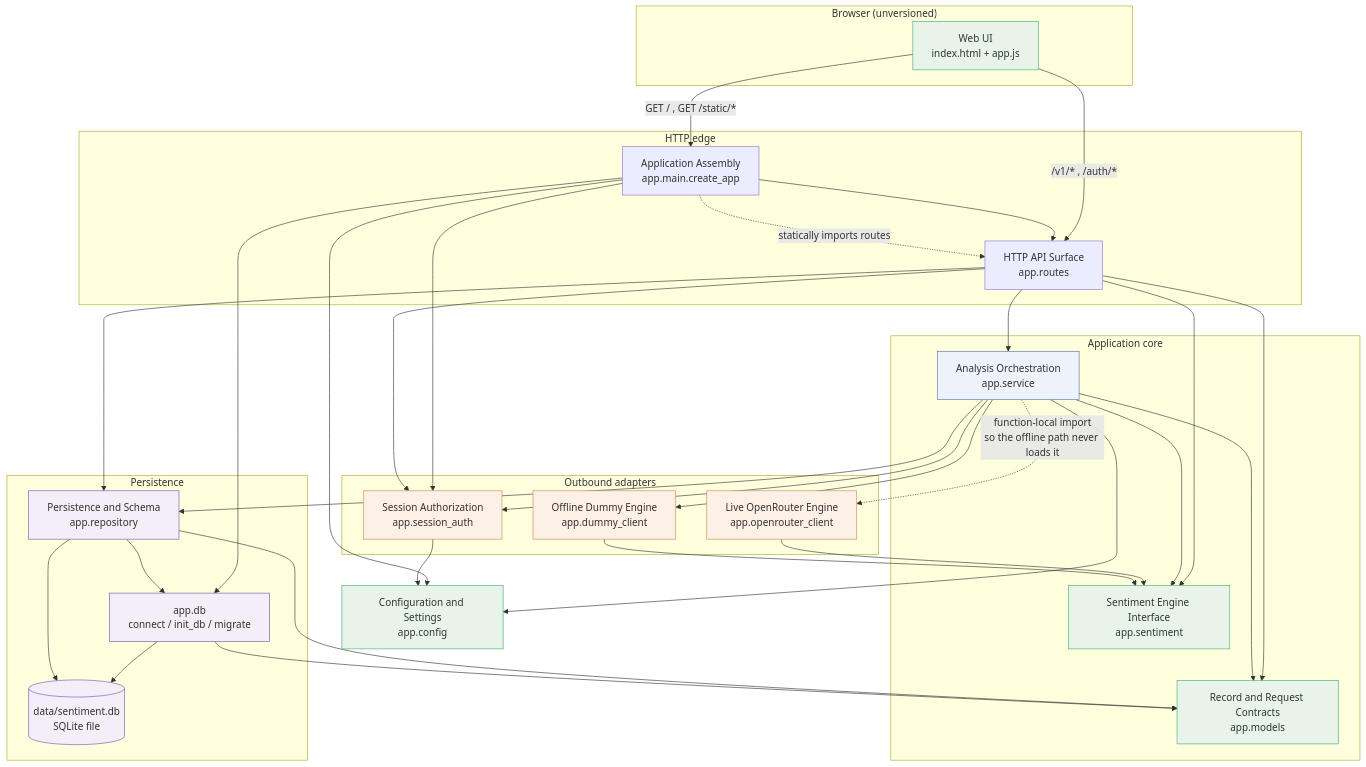
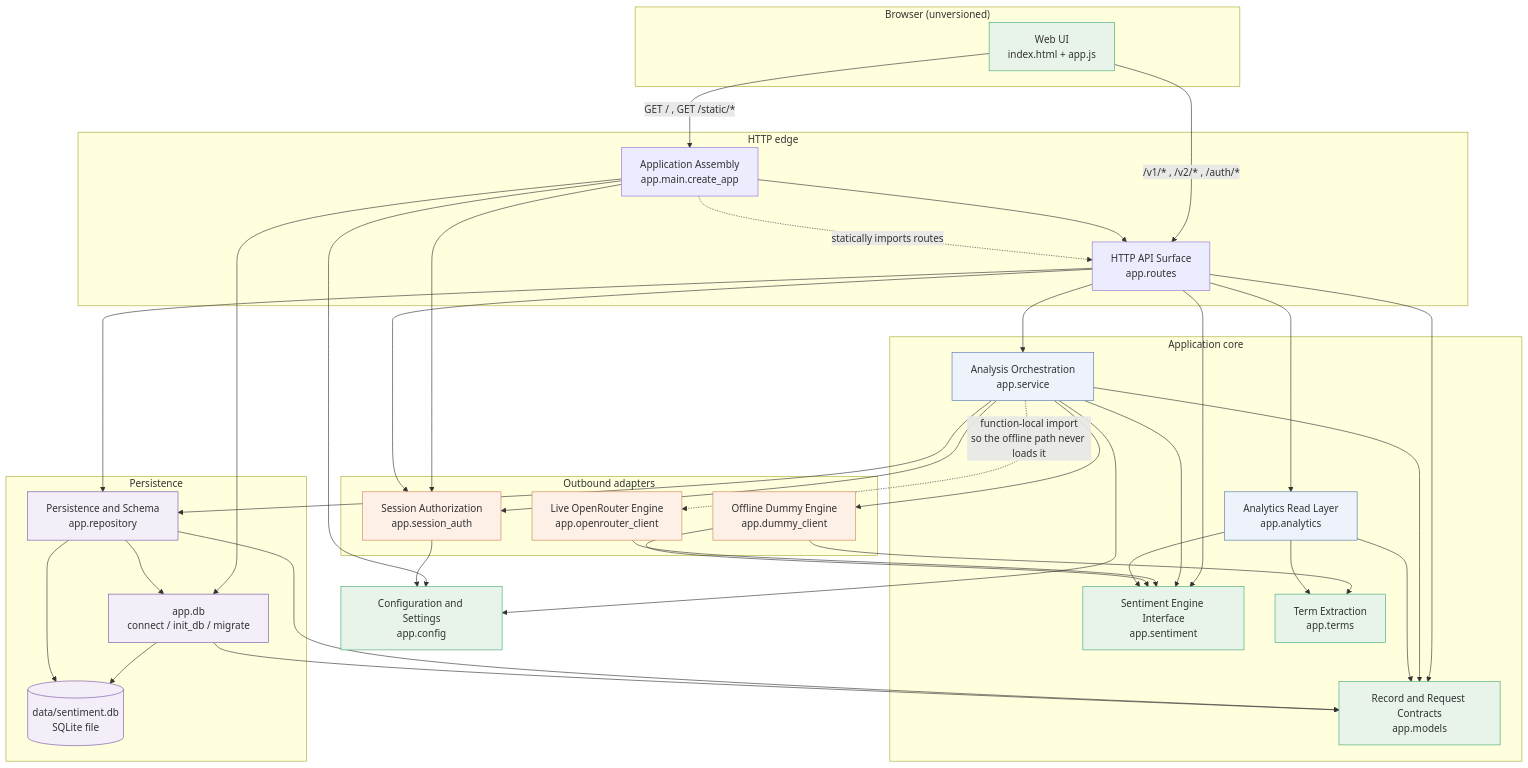
The first of 7 diagrams in aidlc/spaces/default/codekb/sentiment-opencode/architecture.md (farazmazhar/aidlc-demo-sentiment-analyser), drawn with Mermaid before and after one commit. The commit also changed other lines of this file and 52 other files, not shown here.

````diff
--- a/aidlc/spaces/default/codekb/sentiment-opencode/architecture.md
+++ b/aidlc/spaces/default/codekb/sentiment-opencode/architecture.md
@@ -42,73 +45,81 @@
 ```mermaid
 graph TD
     subgraph browser["Browser (unversioned)"]
         UI["Web UI<br/>index.html + app.js"]
     end
 
     subgraph http["HTTP edge"]
         ASGI["Application Assembly<br/>app.main.create_app"]
         RT["HTTP API Surface<br/>app.routes"]
     end
 
     subgraph core["Application core"]
         SVC["Analysis Orchestration<br/>app.service"]
         SENT["Sentiment Engine Interface<br/>app.sentiment"]
         MOD["Record and Request Contracts<br/>app.models"]
+        ANL["Analytics Read Layer<br/>app.analytics"]
+        TRM["Term Extraction<br/>app.terms"]
     end
 
     subgraph adapters["Outbound adapters"]
         DUMMY["Offline Dummy Engine<br/>app.dummy_client"]
         LIVE["Live OpenRouter Engine<br/>app.openrouter_client"]
         AUTH["Session Authorization<br/>app.session_auth"]
     end
 
     subgraph persist["Persistence"]
         REPO["Persistence and Schema<br/>app.repository"]
         DB["app.db<br/>connect / init_db / migrate"]
         SQLITE[("data/sentiment.db<br/>SQLite file")]
     end
 
     CFG["Configuration and Settings<br/>app.config"]
 
     UI -->|"GET / , GET /static/*"| ASGI
-    UI -->|"/v1/* , /auth/*"| RT
+    UI -->|"/v1/* , /v2/* , /auth/*"| RT
     ASGI --> RT
     ASGI --> CFG
     ASGI --> DB
     ASGI --> AUTH
 
     RT --> SVC
     RT --> REPO
+    RT --> ANL
     RT --> MOD
     RT --> AUTH
     RT --> SENT
 
     SVC --> SENT
     SVC --> REPO
     SVC --> MOD
     SVC --> DUMMY
     SVC -.->|"function-local import<br/>so the offline path never loads it"| LIVE
     SVC --> AUTH
     SVC --> CFG
 
     LIVE --> SENT
     DUMMY --> SENT
+    DUMMY --> TRM
     AUTH --> CFG
+
+    ANL --> MOD
+    ANL --> SENT
+    ANL --> TRM
 
     REPO --> MOD
     REPO --> DB
     DB --> MOD
     DB --> SQLITE
     REPO --> SQLITE
 
     ASGI -.->|"statically imports routes"| RT
 
     classDef leaf fill:#e8f4ea,stroke:#4a7
     classDef core fill:#eef2fb,stroke:#57a
     classDef adapt fill:#fdf0e6,stroke:#c85
     classDef persist fill:#f4eef8,stroke:#75a
-    class CFG,MOD,SENT,UI leaf
-    class SVC core
+    class CFG,MOD,SENT,TRM,UI leaf
+    class SVC,ANL core
     class DUMMY,LIVE,AUTH adapt
     class REPO,DB,SQLITE persist
 ```
````
